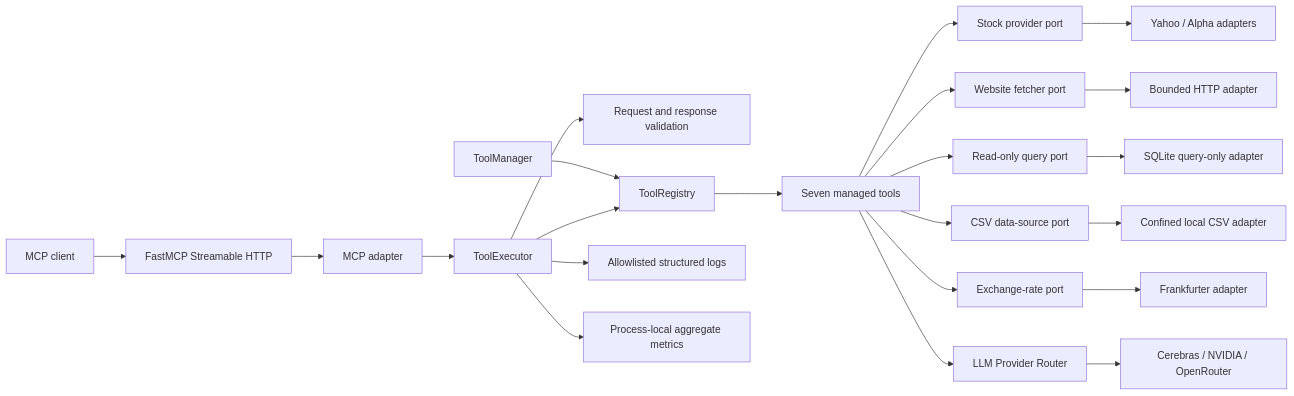
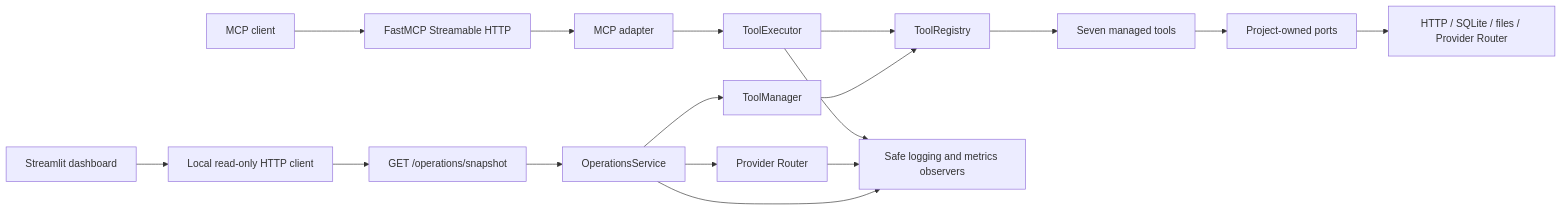
Before and after one commit to LeelaissakAttota/ToolBridge-MCP-Server: the first of 3 diagrams in ARCHITECTURE.md, drawn with Mermaid. The commit also changed other lines of this file and 35 other files, not shown here.

Commit message:
feat(operations): complete Phase 6 dashboard and production readiness

````diff
--- a/ARCHITECTURE.md
+++ b/ARCHITECTURE.md
@@ -9,27 +9,21 @@
 ```mermaid
 flowchart LR
     Client["MCP client"] --> Transport["FastMCP Streamable HTTP"]
     Transport --> Adapter["MCP adapter"]
     Adapter --> Executor["ToolExecutor"]
-    Executor --> Validation["Request and response validation"]
     Executor --> Registry["ToolRegistry"]
     Manager["ToolManager"] --> Registry
     Registry --> Tools["Seven managed tools"]
 
-    Tools --> Stock["Stock provider port"]
-    Tools --> Web["Website fetcher port"]
-    Tools --> SQL["Read-only query port"]
-    Tools --> CSV["CSV data-source port"]
-    Tools --> FX["Exchange-rate port"]
-    Tools --> Router["LLM Provider Router"]
+    Tools --> Ports["Project-owned ports"]
+    Ports --> Adapters["HTTP / SQLite / files / Provider Router"]
+    Executor --> Observers["Safe logging and metrics observers"]
+    Router["Provider Router"] --> Observers
 
-    Stock --> Yahoo["Yahoo / Alpha adapters"]
-    Web --> HTTP["Bounded HTTP adapter"]
-    SQL --> SQLite["SQLite query-only adapter"]
-    CSV --> Files["Confined local CSV adapter"]
-    FX --> Frankfurter["Frankfurter adapter"]
-    Router --> LLMs["Cerebras / NVIDIA / OpenRouter"]
-
-    Executor --> Logs["Allowlisted structured logs"]
-    Executor --> Metrics["Process-local aggregate metrics"]
+    Dashboard["Streamlit dashboard"] --> ClientAdapter["Local read-only HTTP client"]
+    ClientAdapter --> Snapshot["GET /operations/snapshot"]
+    Snapshot --> Operations["OperationsService"]
+    Operations --> Manager
+    Operations --> Router
+    Operations --> Observers
 ```
````
